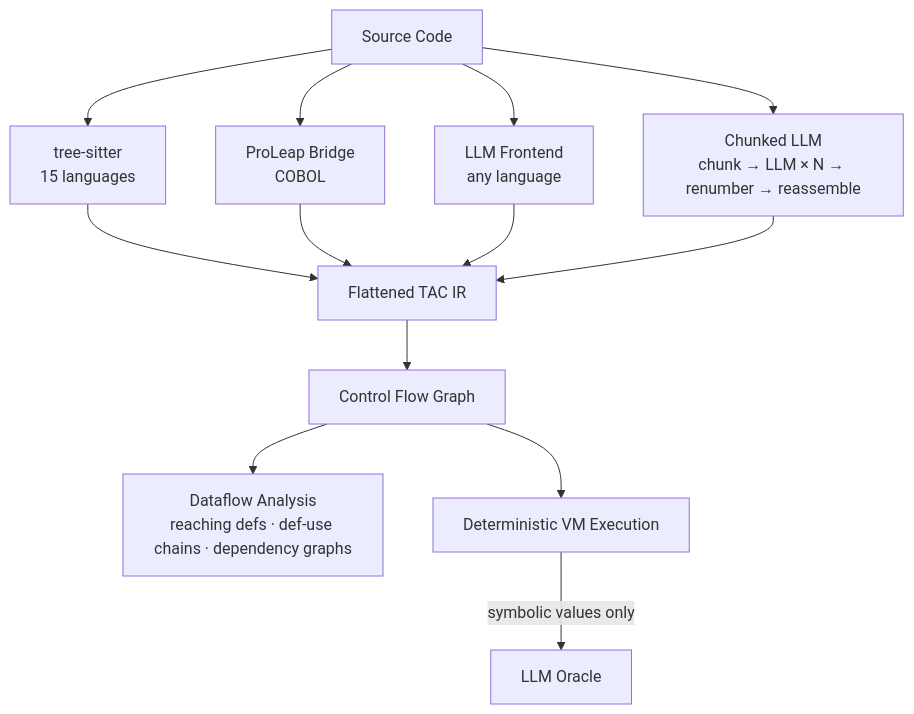
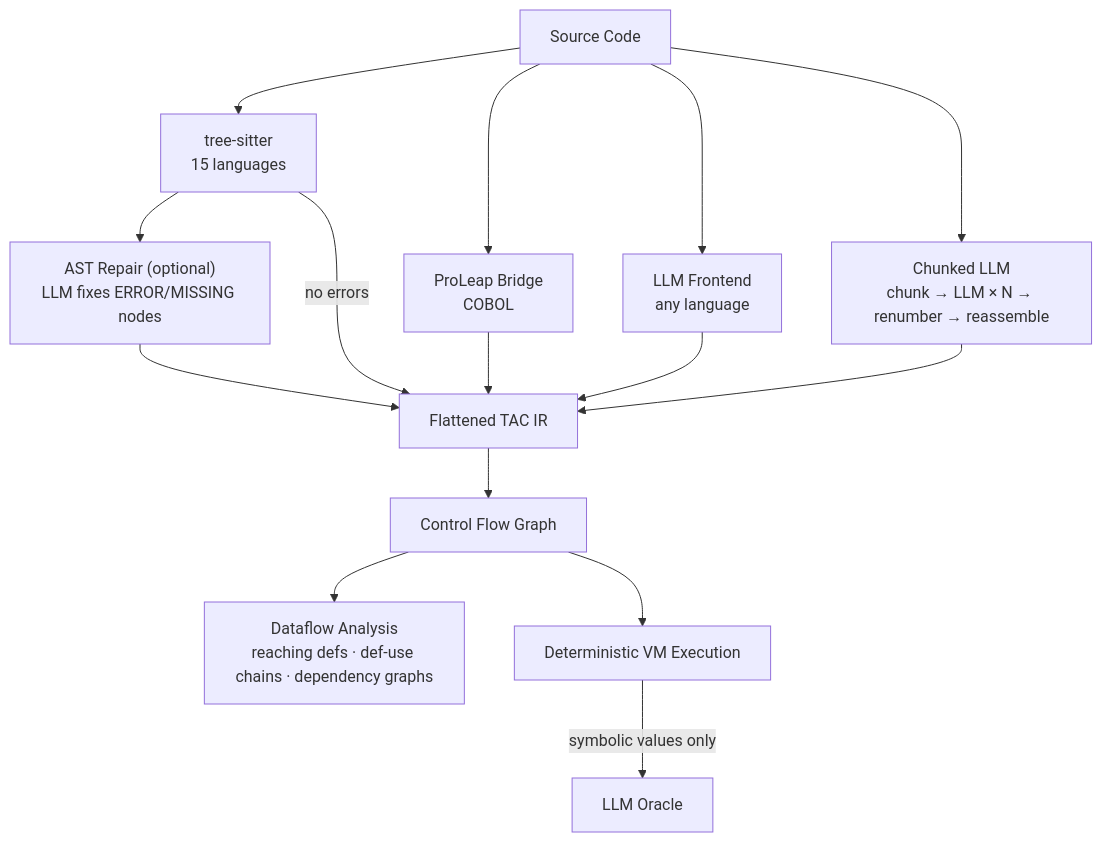
Before and after one commit to avishek-sen-gupta/red-dragon: the first of 3 diagrams in README.md, drawn with Mermaid. The commit also changed other lines of this file and 16 other files, not shown here.

First line of the commit message:
Add LLM-assisted AST repair for deterministic frontends

````diff
--- a/README.md
+++ b/README.md
@@ -26,17 +26,19 @@
 ```mermaid
 flowchart TD
     SRC[Source Code] --> DET["tree-sitter<br>15 languages"]
     SRC --> COBOL["ProLeap Bridge<br>COBOL"]
     SRC --> LLM["LLM Frontend<br>any language"]
     SRC --> CHUNK["Chunked LLM<br>chunk → LLM × N → renumber → reassemble"]
 
-    DET --> IR[Flattened TAC IR]
+    DET --> REPAIR["AST Repair (optional)<br>LLM fixes ERROR/MISSING nodes"]
+    REPAIR --> IR[Flattened TAC IR]
+    DET -->|no errors| IR
     COBOL --> IR
     LLM --> IR
     CHUNK --> IR
 
     IR --> CFG[Control Flow Graph]
     CFG --> DF["Dataflow Analysis<br>reaching defs · def-use chains · dependency graphs"]
     CFG --> VM[Deterministic VM Execution]
     VM -->|symbolic values only| ORACLE[LLM Oracle]
 ```
````
